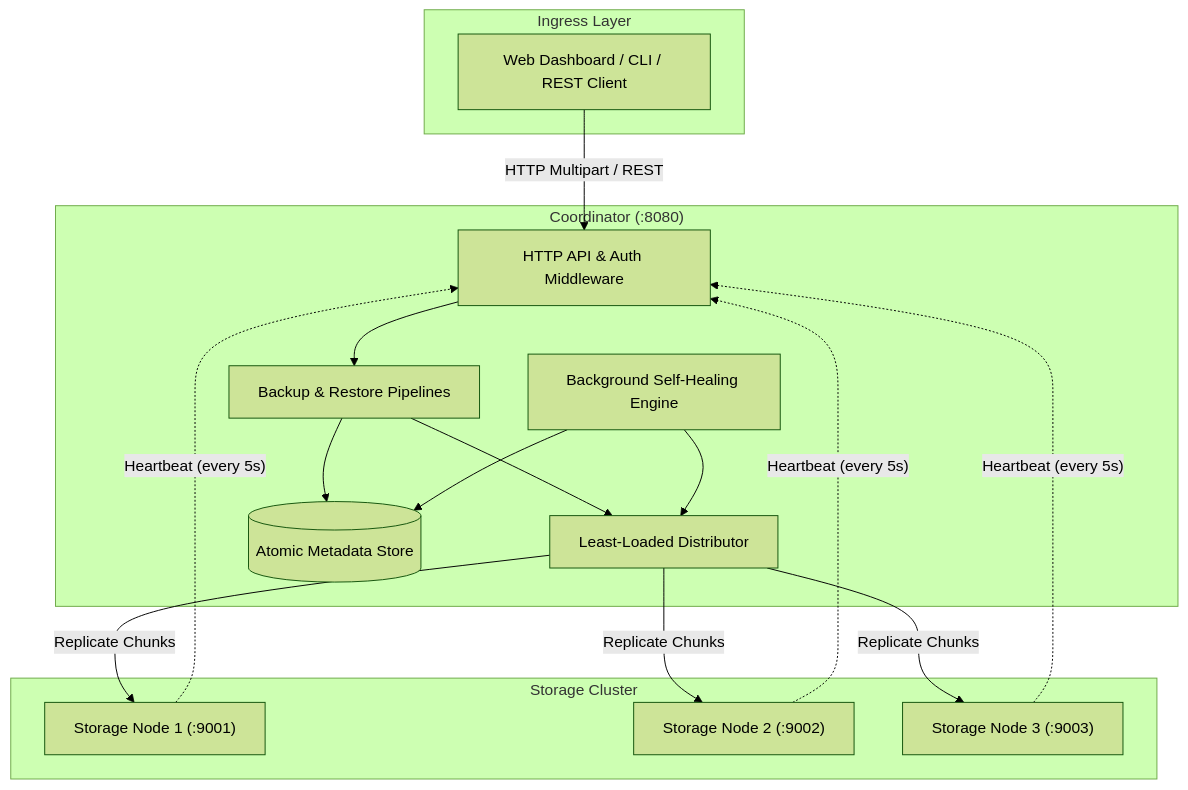
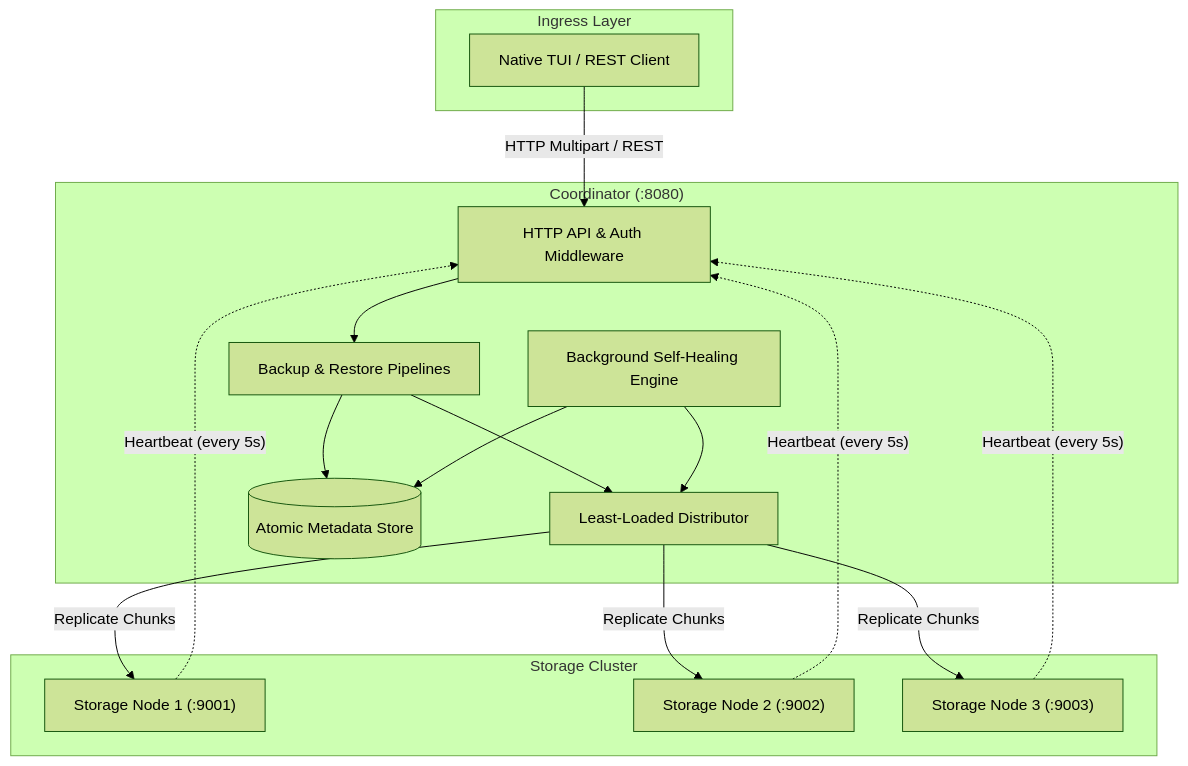
One commit to pranav718/fudou changed the first of 2 diagrams in README.md. Above: the diagram before and after it, drawn with Mermaid (forest theme). The commit also changed other lines of this file and 13 other files, not shown here.

````diff
--- a/README.md
+++ b/README.md
@@ -60,35 +61,35 @@
 ```mermaid
 flowchart TD
     subgraph Clients ["Ingress Layer"]
-        client["Web Dashboard / CLI / REST Client"]
+        client["Native TUI / REST Client"]
     end
 
     subgraph ControlPlane ["Coordinator (:8080)"]
         api["HTTP API & Auth Middleware"]
         pipeline["Backup & Restore Pipelines"]
         dist["Least-Loaded Distributor"]
         healer["Background Self-Healing Engine"]
         meta[("Atomic Metadata Store")]
 
         api --> pipeline
         pipeline --> dist
         pipeline --> meta
         healer --> meta
         healer --> dist
     end
 
     subgraph StorageCluster ["Storage Cluster"]
         node1["Storage Node 1 (:9001)"]
         node2["Storage Node 2 (:9002)"]
         node3["Storage Node 3 (:9003)"]
     end
 
     client -->|"HTTP Multipart / REST"| api
     dist -->|"Replicate Chunks"| node1
     dist -->|"Replicate Chunks"| node2
     dist -->|"Replicate Chunks"| node3
 
     node1 -.->|"Heartbeat (every 5s)"| api
     node2 -.->|"Heartbeat (every 5s)"| api
     node3 -.->|"Heartbeat (every 5s)"| api
 ```
````
